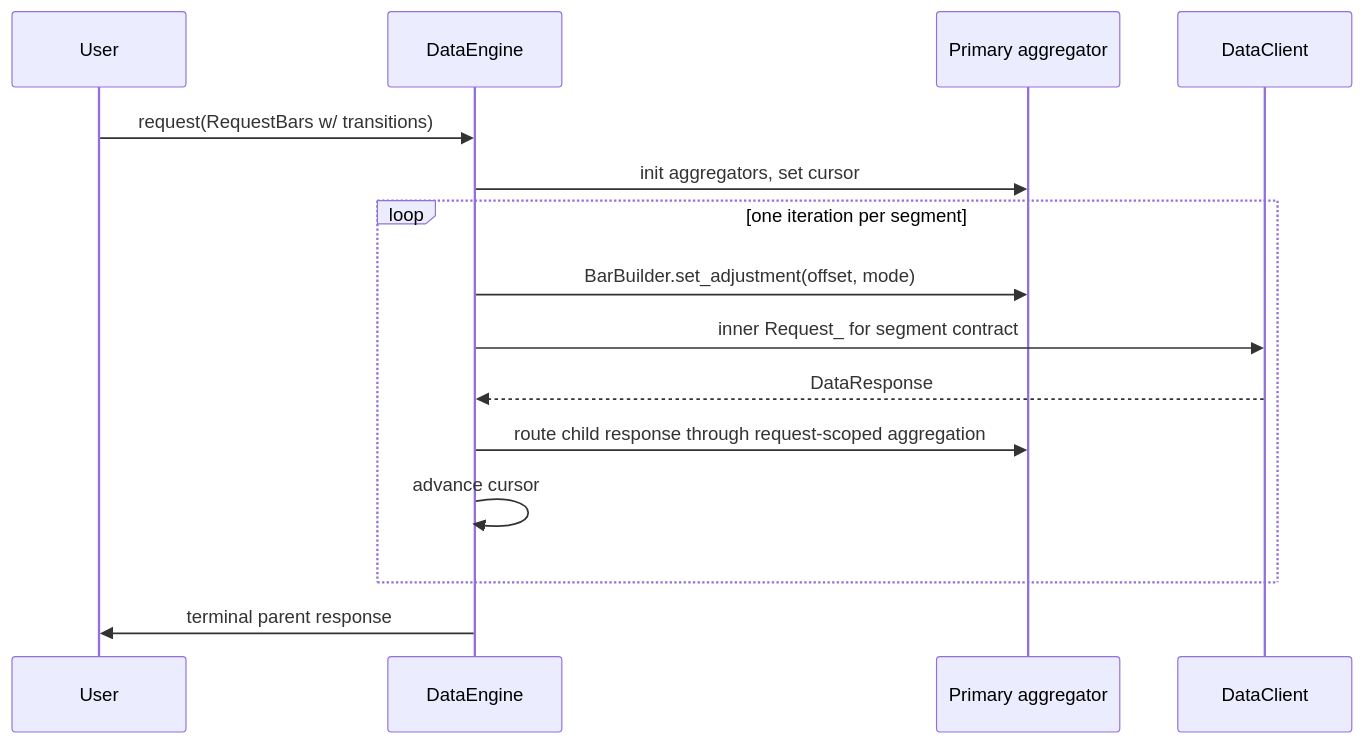
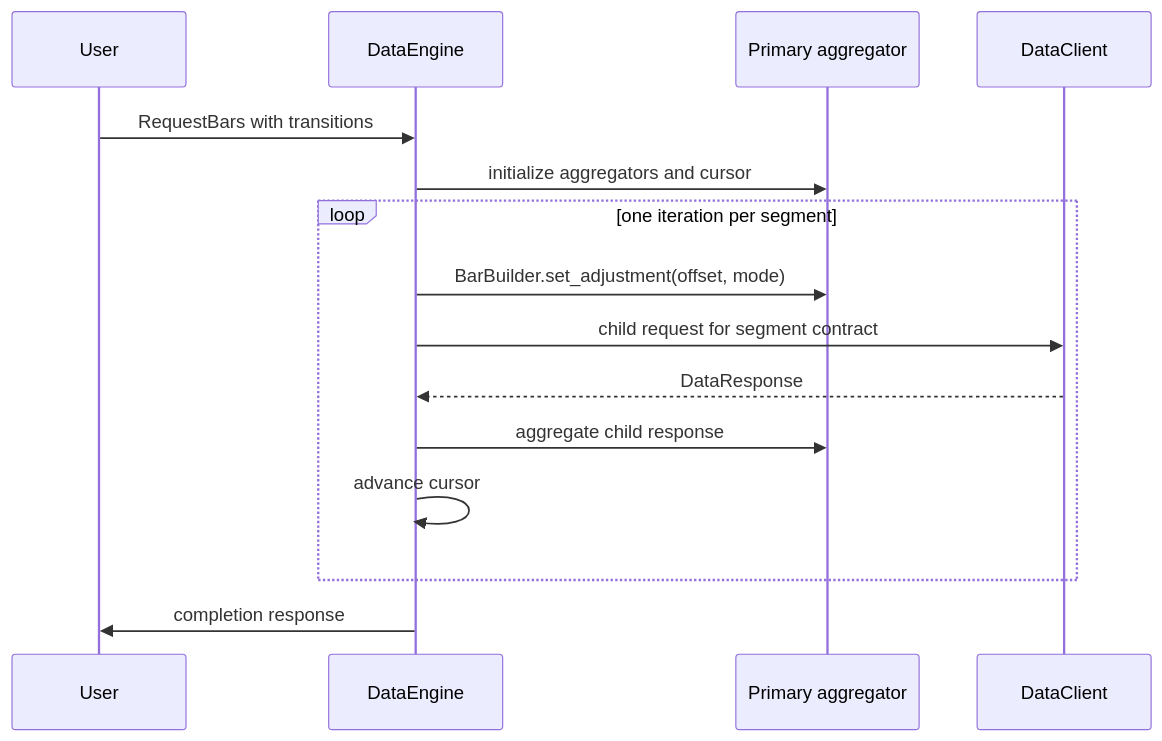
One commit to nautechsystems/nautilus_trader changed the second of 5 diagrams in docs/concepts/continuous_futures.md. Above: the diagram before and after it, drawn with Mermaid. The commit also changed other lines of this file, not shown here.

````diff
--- a/docs/concepts/continuous_futures.md
+++ b/docs/concepts/continuous_futures.md
@@ -173,18 +177,18 @@
 ```mermaid
 sequenceDiagram
     participant User
     participant Engine as DataEngine
     participant Agg as Primary aggregator
     participant Client as DataClient
 
-    User->>Engine: request(RequestBars w/ transitions)
-    Engine->>Agg: init aggregators, set cursor
+    User->>Engine: RequestBars with transitions
+    Engine->>Agg: initialize aggregators and cursor
     loop one iteration per segment
         Engine->>Agg: BarBuilder.set_adjustment(offset, mode)
-        Engine->>Client: inner Request_ for segment contract
+        Engine->>Client: child request for segment contract
         Client-->>Engine: DataResponse
-        Engine->>Agg: route child response through request-scoped aggregation
+        Engine->>Agg: aggregate child response
         Engine->>Engine: advance cursor
     end
-    Engine->>User: terminal parent response
+    Engine->>User: completion response
 ```
````
